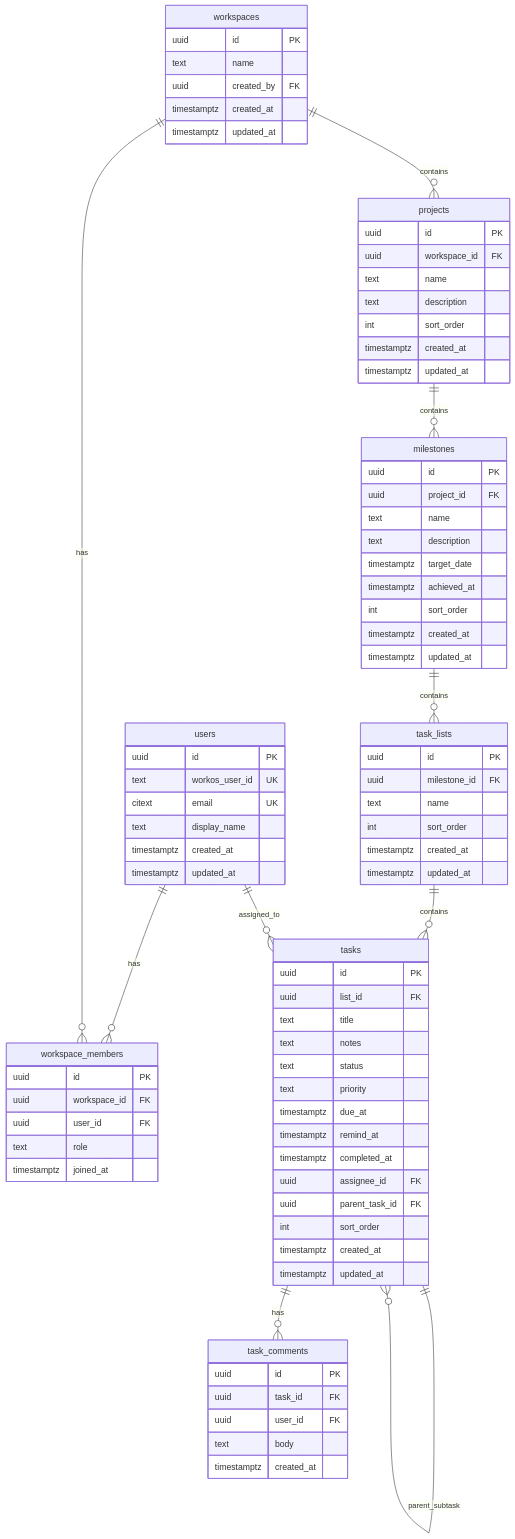
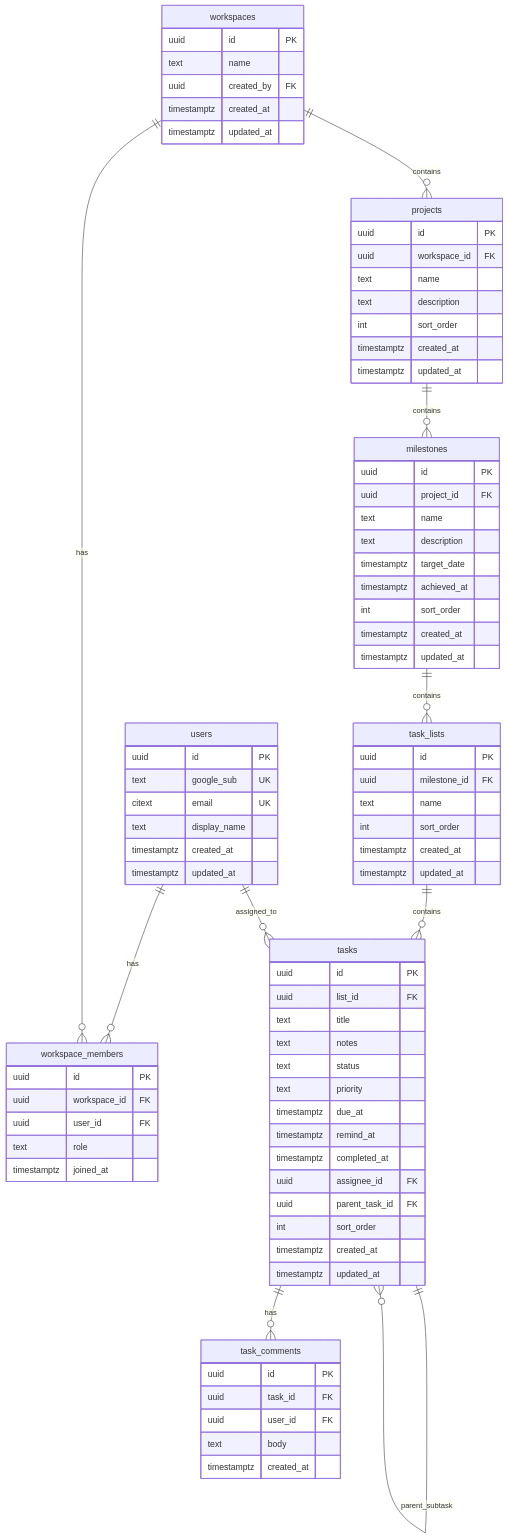
Before and after one commit to jorivan104-debug/DoTask: the first of 2 diagrams in docs/PLAN-CONSTITUTIVO.md, drawn with Mermaid. The commit also changed other lines of this file and 22 other files, not shown here.

```diff
--- a/docs/PLAN-CONSTITUTIVO.md
+++ b/docs/PLAN-CONSTITUTIVO.md
@@ -118,7 +119,7 @@
 
   users {
     uuid id PK
-    text workos_user_id UK
+    text google_sub UK
     citext email UK
     text display_name
     timestamptz created_at
```
